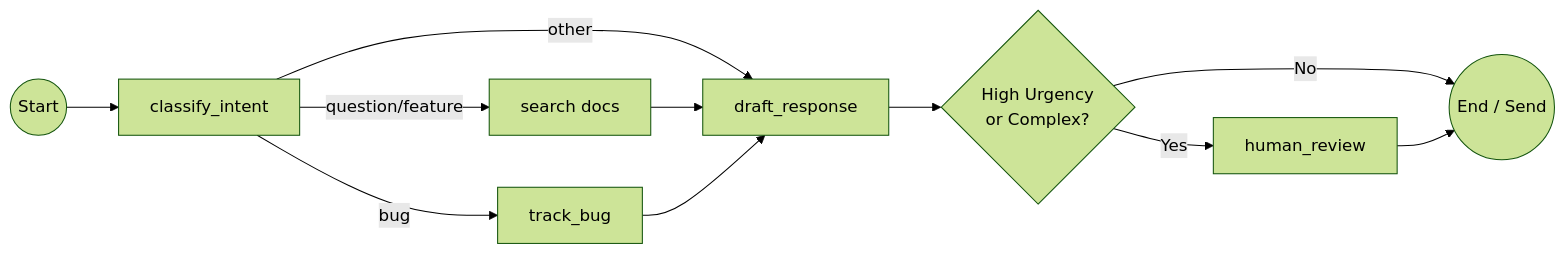
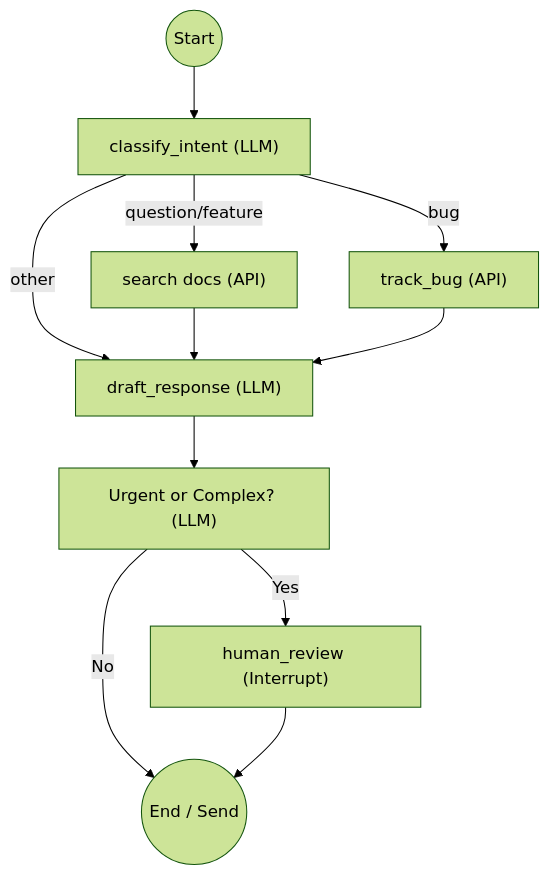
The diagram in content/W4/M1/lessons/03_human-in-the-loop.qmd (HassanAlgoz/AAI), drawn with Mermaid (forest theme) before and after one commit. The commit also changed other lines of this file and 11 other files, not shown here.

````diff
--- a/content/W4/M1/lessons/03_human-in-the-loop.qmd
+++ b/content/W4/M1/lessons/03_human-in-the-loop.qmd
@@ -22,15 +25,15 @@
 ```{mermaid}
-flowchart LR
-    START((Start)) --> B[classify_intent]
-    B -->|question/feature| C[search docs]
-    B -->|bug| D[track_bug]
-    B -->|other| E[draft_response]
+flowchart TD
+    START((Start)) --> B["classify_intent (LLM)"]
+    B -->|question/feature| C["search docs (API)"]
+    B -->|bug| D["track_bug (API)"]
+    B -->|other| E["draft_response (LLM)"]
     
     C --> E
     D --> E
     
-    E --> F{High Urgency<br/>or Complex?}
-    F -->|Yes| G[human_review]
+    E --> F["Urgent or Complex? (LLM)"]
+    F -->|Yes| G["human_review (Interrupt)"]
     F -->|No| H((End / Send))
     G --> H
 ```
````
